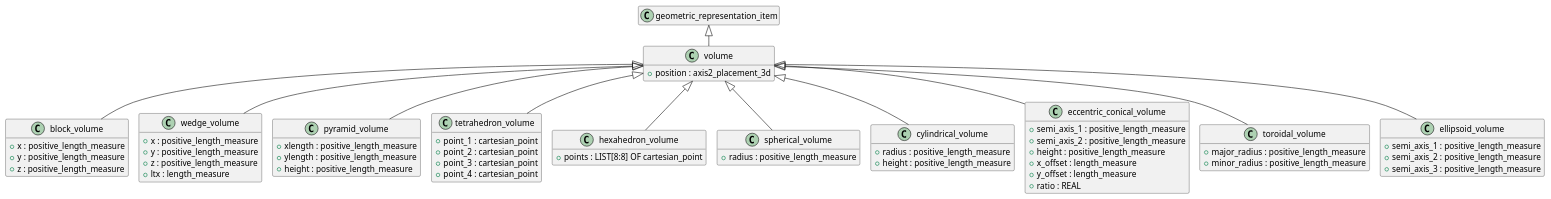
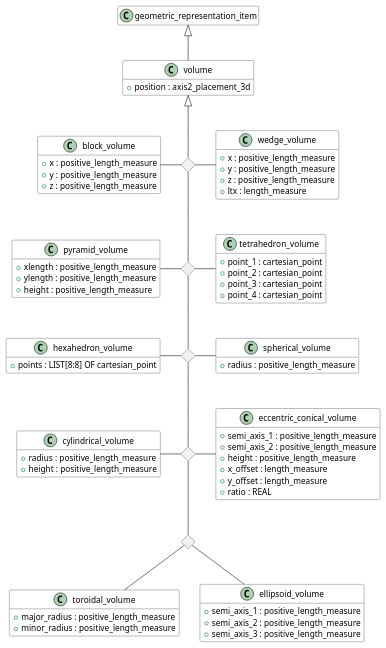
The diagram in 005_Geometry+Topology/geometry/source/volume.pu (chukkaba/10303), drawn with PlantUML before and after one commit. The commit also changed 10 other files, not shown here.

```diff
--- a/005_Geometry+Topology/geometry/source/volume.pu
+++ b/005_Geometry+Topology/geometry/source/volume.pu
@@ -1,87 +1,100 @@
-@startuml
-!pragma layout smetana
-skinparam groupInheritance 2
+@startuml volume
+
+'!pragma layout smetana
+'skinparam groupInheritance 2
 hide empty members
 
 
-class geometric_representation_item {
+class geometric_representation_item #White {
 }
 
-class volume {
+class volume #White {
   +position : axis2_placement_3d
 }
 
-class block_volume {
+class block_volume #White {
   +x : positive_length_measure
   +y : positive_length_measure
   +z : positive_length_measure
 }
 
-class wedge_volume {
+class wedge_volume #White {
   +x : positive_length_measure
   +y : positive_length_measure
   +z : positive_length_measure
   +ltx : length_measure
 }
 
-class pyramid_volume {
+class pyramid_volume #White {
   +xlength : positive_length_measure
   +ylength : positive_length_measure
   +height : positive_length_measure
 }
 
-class tetrahedron_volume {
+class tetrahedron_volume #White {
   +point_1 : cartesian_point
   +point_2 : cartesian_point
   +point_3 : cartesian_point
   +point_4 : cartesian_point
 }
 
-class hexahedron_volume {
+class hexahedron_volume #White {
   +points : LIST[8:8] OF cartesian_point
 }
 
-class spherical_volume {
+class spherical_volume #White {
   +radius : positive_length_measure
 }
 
-class cylindrical_volume {
+class cylindrical_volume #White {
   +radius : positive_length_measure
   +height : positive_length_measure
 }
 
-class eccentric_conical_volume {
+class eccentric_conical_volume #White {
   +semi_axis_1 : positive_length_measure
   +semi_axis_2 : positive_length_measure
   +height : positive_length_measure
   +x_offset : length_measure
   +y_offset : length_measure
   +ratio : REAL
 }
 
-class toroidal_volume {
+class toroidal_volume #White {
   +major_radius : positive_length_measure
   +minor_radius : positive_length_measure
 }
 
-class ellipsoid_volume {
+class ellipsoid_volume #White {
   +semi_axis_1 : positive_length_measure
   +semi_axis_2 : positive_length_measure
   +semi_axis_3 : positive_length_measure
 }
 
+<> diamond
+<> diamond2
+<> diamond3
+<> diamond4
+<> diamond5
+
 ' Наследование
 geometric_representation_item <|-- volume
 
-volume <|-- block_volume
-volume <|-- wedge_volume
-volume <|-- pyramid_volume
-volume <|-- tetrahedron_volume
-volume <|-- hexahedron_volume
-volume <|-- spherical_volume
-volume <|-- cylindrical_volume
-volume <|-- eccentric_conical_volume
-volume <|-- toroidal_volume
-volume <|-- ellipsoid_volume
+diamond -up-|> volume
+diamond2 -up- diamond
+diamond3 -up- diamond2
+diamond4 -up- diamond3
+diamond5 -up- diamond4
+
+diamond -left- block_volume
+diamond -right- wedge_volume
+diamond2 -left- pyramid_volume
+diamond2 -right- tetrahedron_volume
+diamond3 -left- hexahedron_volume
+diamond3 -right- spherical_volume
+diamond4 -left- cylindrical_volume
+diamond4 -right- eccentric_conical_volume
+diamond5 -- toroidal_volume
+diamond5 -- ellipsoid_volume
 
 @enduml
```
